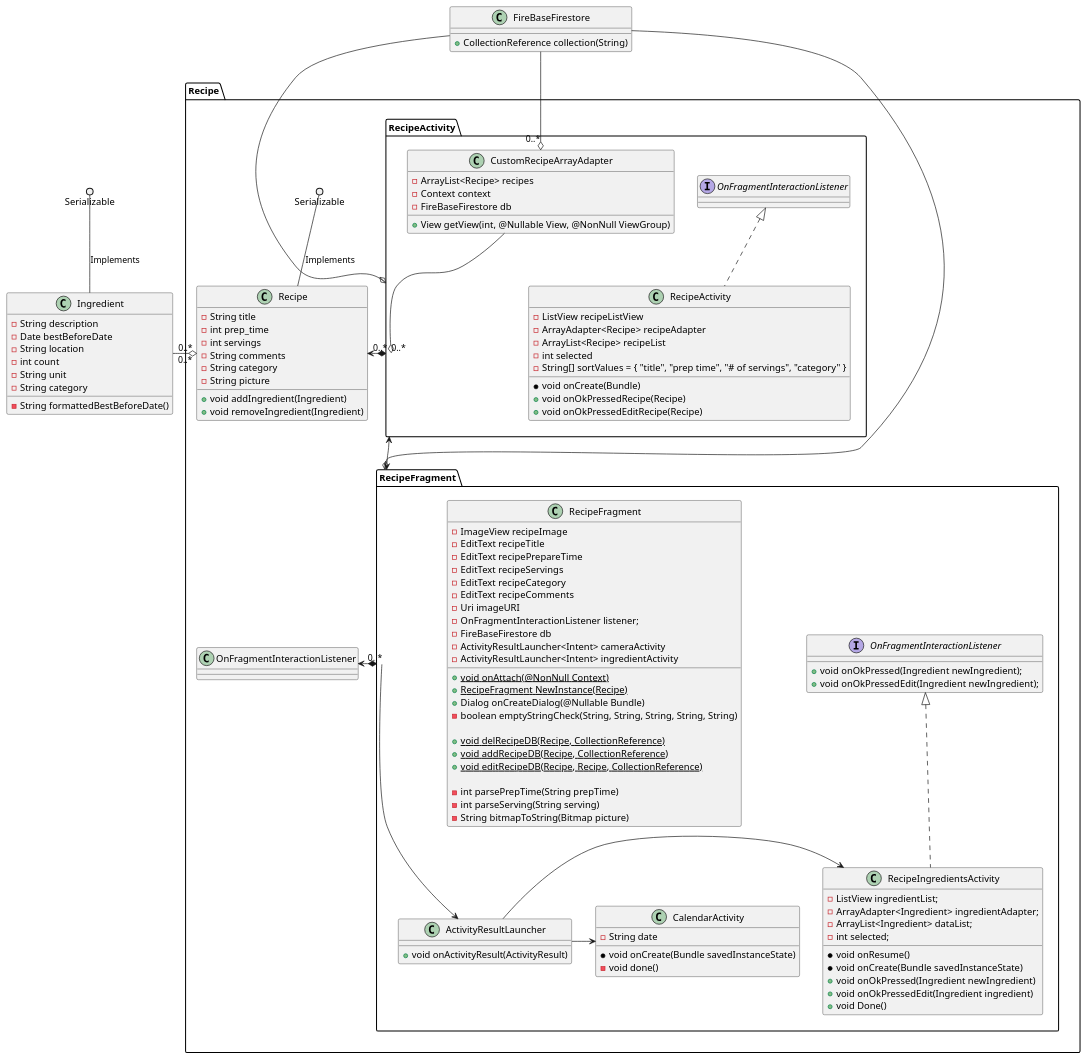
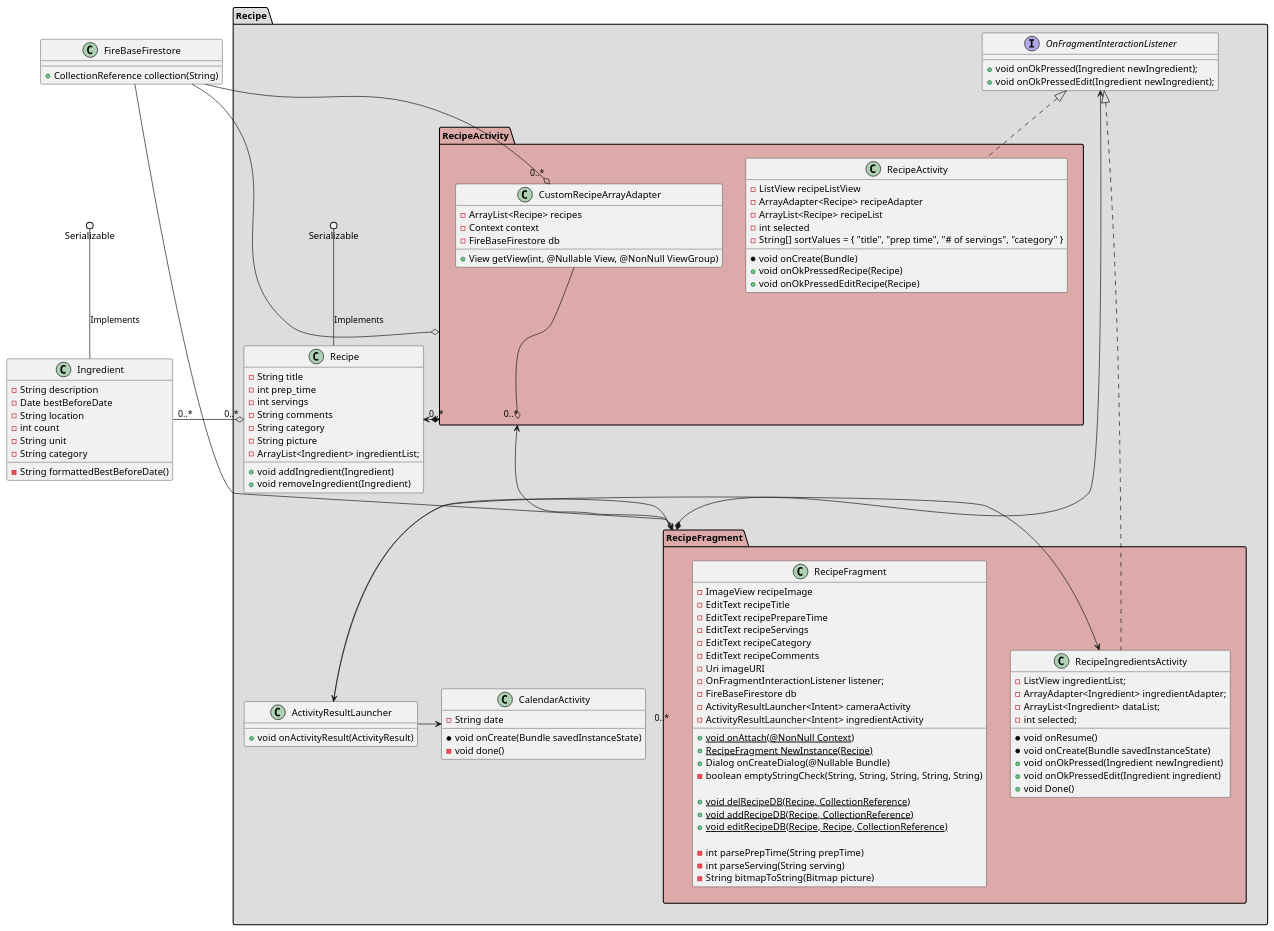
The diagram in doc/source/RecipeUML.puml (CMPUT301F22T31/FoodCart), drawn with PlantUML before and after one commit. The commit also changed 4 other files, not shown here.

Commit message:
UML done, only needs comments

```diff
--- a/doc/source/RecipeUML.puml
+++ b/doc/source/RecipeUML.puml
@@ -1,137 +1,140 @@
 @startuml
 'https://plantuml.com/class-diagram
+
+class FireBaseFirestore
+{
+    +CollectionReference collection(String)
+
+}
 
 class Ingredient
 {
     -String description
     -Date bestBeforeDate
     -String location
     -int count
     -String unit
     -String category
 
     -String formattedBestBeforeDate()
 }
 Serializable ()-- Ingredient : Implements
 
-class FireBaseFirestore
-{
-    +CollectionReference collection(String)
 
-}
 
-package Recipe
+package Recipe #DDD
 {
     class Recipe
     {
         -String title
         -int prep_time
         -int servings
         -String comments
         -String category
         -String picture
+        -ArrayList<Ingredient> ingredientList;
 
         +void addIngredient(Ingredient)
         +void removeIngredient(Ingredient)
     }
-    package RecipeFragment
+    package RecipeFragment #DAA
     {
-        class ActivityResultLauncher
+        class Recipe.ActivityResultLauncher
         {
             +void onActivityResult(ActivityResult)
         }
-        class CalendarActivity
+        class Recipe.CalendarActivity
         {
             - String date
             * void onCreate(Bundle savedInstanceState)
             - void done()
         }
-        interface OnFragmentInteractionListener
+        interface Recipe.OnFragmentInteractionListener
         {
             +void onOkPressed(Ingredient newIngredient);
             +void onOkPressedEdit(Ingredient newIngredient);
         }
         class RecipeFragment
         {
             -ImageView recipeImage
             -EditText recipeTitle
             -EditText recipePrepareTime
             -EditText recipeServings
             -EditText recipeCategory
             -EditText recipeComments
             -Uri imageURI
             -OnFragmentInteractionListener listener;
             -FireBaseFirestore db
             -ActivityResultLauncher<Intent> cameraActivity
             -ActivityResultLauncher<Intent> ingredientActivity
 
             + {static} void onAttach(@NonNull Context)
             + {static} RecipeFragment NewInstance(Recipe)
             + Dialog onCreateDialog(@Nullable Bundle)
             - boolean emptyStringCheck(String, String, String, String, String)
 
             + {static} void delRecipeDB(Recipe, CollectionReference)
             + {static} void addRecipeDB(Recipe, CollectionReference)
             + {static} void editRecipeDB(Recipe, Recipe, CollectionReference)
 
             - int parsePrepTime(String prepTime)
             - int parseServing(String serving)
             - String bitmapToString(Bitmap picture)
         }
-        class RecipeIngredientsActivity implements OnFragmentInteractionListener
+        class RecipeIngredientsActivity implements Recipe.OnFragmentInteractionListener
         {
             -ListView ingredientList;
             -ArrayAdapter<Ingredient> ingredientAdapter;
             -ArrayList<Ingredient> dataList;
             -int selected;
 
             *void onResume()
             *void onCreate(Bundle savedInstanceState)
             +void onOkPressed(Ingredient newIngredient)
             +void onOkPressedEdit(Ingredient ingredient)
             +void Done()
         }
     }
-    package RecipeActivity
+    package RecipeActivity #DAA
     {
-        class RecipeActivity implements OnFragmentInteractionListener
+        class RecipeActivity implements Recipe.OnFragmentInteractionListener
         {
             -ListView recipeListView
             -ArrayAdapter<Recipe> recipeAdapter
             -ArrayList<Recipe> recipeList
             -int selected
             -String[] sortValues = { "title", "prep time", "# of servings", "category" }
 
             *void onCreate(Bundle)
             +void onOkPressedRecipe(Recipe)
             +void onOkPressedEditRecipe(Recipe)
         }
         class CustomRecipeArrayAdapter
         {
             - ArrayList<Recipe> recipes
             - Context context
             - FireBaseFirestore db
 
             + View getView(int, @Nullable View, @NonNull ViewGroup)
         }
     }
     Serializable ()-- Recipe : Implements
 
     Ingredient "0..*" -o "0..*" Recipe
 
     RecipeActivity *-> "0..*" Recipe
     CustomRecipeArrayAdapter --o RecipeActivity
     FireBaseFirestore --o "0..*" RecipeActivity
 
-    OnFragmentInteractionListener <-* RecipeFragment
+    Recipe.OnFragmentInteractionListener <-* RecipeFragment
     FireBaseFirestore --o "0..*" RecipeFragment
     FireBaseFirestore --o "0..*" CustomRecipeArrayAdapter
 
     RecipeActivity <--> RecipeFragment
-    RecipeFragment --> ActivityResultLauncher
-    ActivityResultLauncher -> CalendarActivity
-    ActivityResultLauncher -> RecipeIngredientsActivity
+    RecipeFragment --> Recipe.ActivityResultLauncher
+    Recipe.ActivityResultLauncher -> Recipe.CalendarActivity
+    Recipe.ActivityResultLauncher -> RecipeIngredientsActivity
 }
 
 
 @enduml
```
